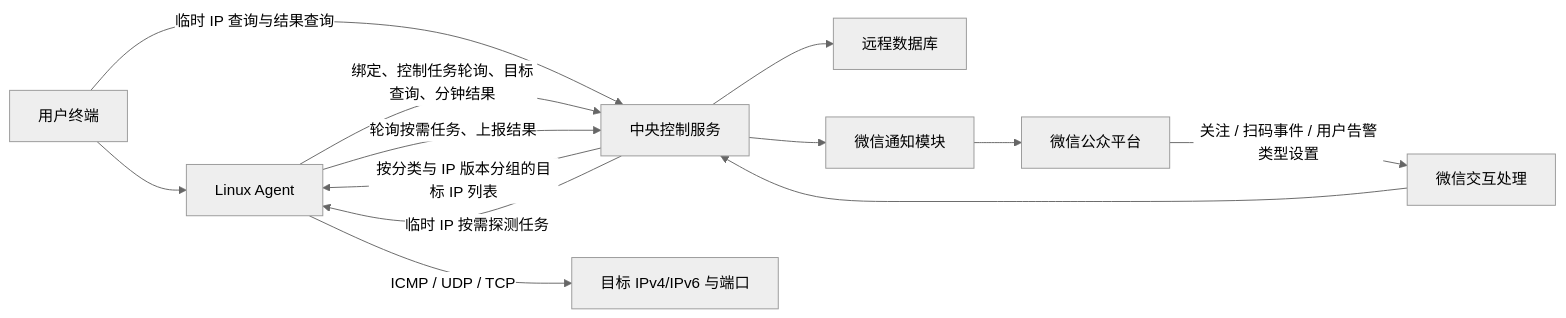
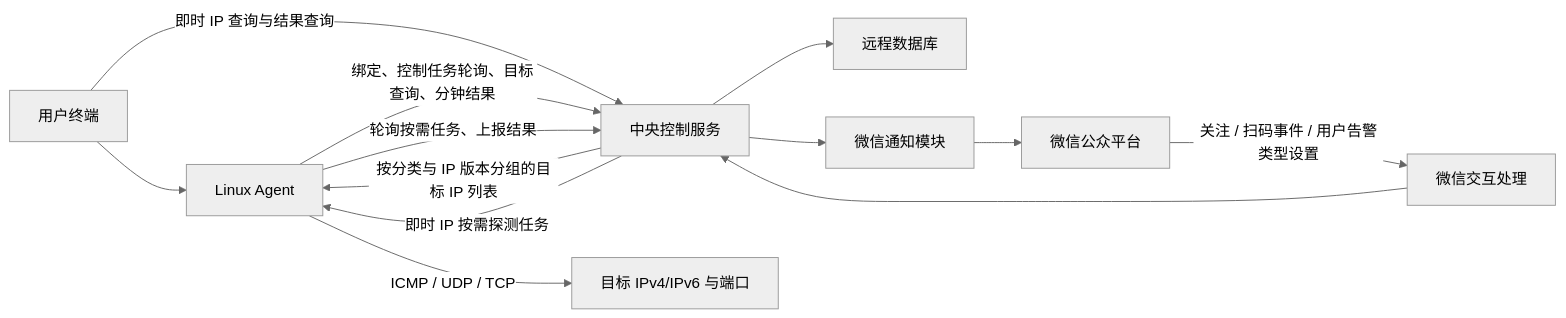
One commit to liyinred/NetPulse-xiaohe changed the first of 3 diagrams in docs/system-design.md. Above: the diagram before and after it, drawn with Mermaid (neutral theme). The commit also changed other lines of this file and 16 other files, not shown here.

````diff
--- a/docs/system-design.md
+++ b/docs/system-design.md
@@ -64,15 +64,15 @@
 ```mermaid
 flowchart LR
     User["用户终端"] --> Agent["Linux Agent"]
-    User -->|"临时 IP 查询与结果查询"| API
+    User -->|"即时 IP 查询与结果查询"| API
     Agent -->|"绑定、控制任务轮询、目标查询、分钟结果"| API["中央控制服务"]
     Agent -->|"轮询按需任务、上报结果"| API
     API -->|"按分类与 IP 版本分组的目标 IP 列表"| Agent
-    API -->|"临时 IP 按需探测任务"| Agent
+    API -->|"即时 IP 按需探测任务"| Agent
     Agent -->|"ICMP / UDP / TCP"| Target["目标 IPv4/IPv6 与端口"]
     API --> DB["远程数据库"]
     API --> Notify["微信通知模块"]
     Notify --> WeChat["微信公众平台"]
     WeChat -->|"关注 / 扫码事件 / 用户告警类型设置"| Callback["微信交互处理"]
     Callback --> API
 ```
````
